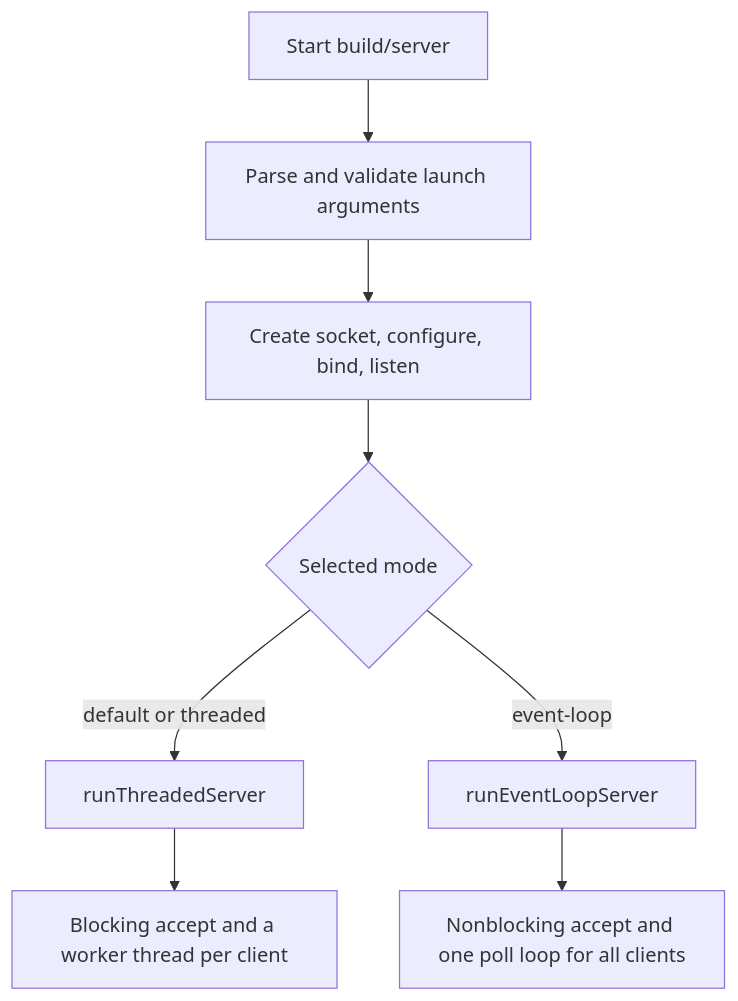
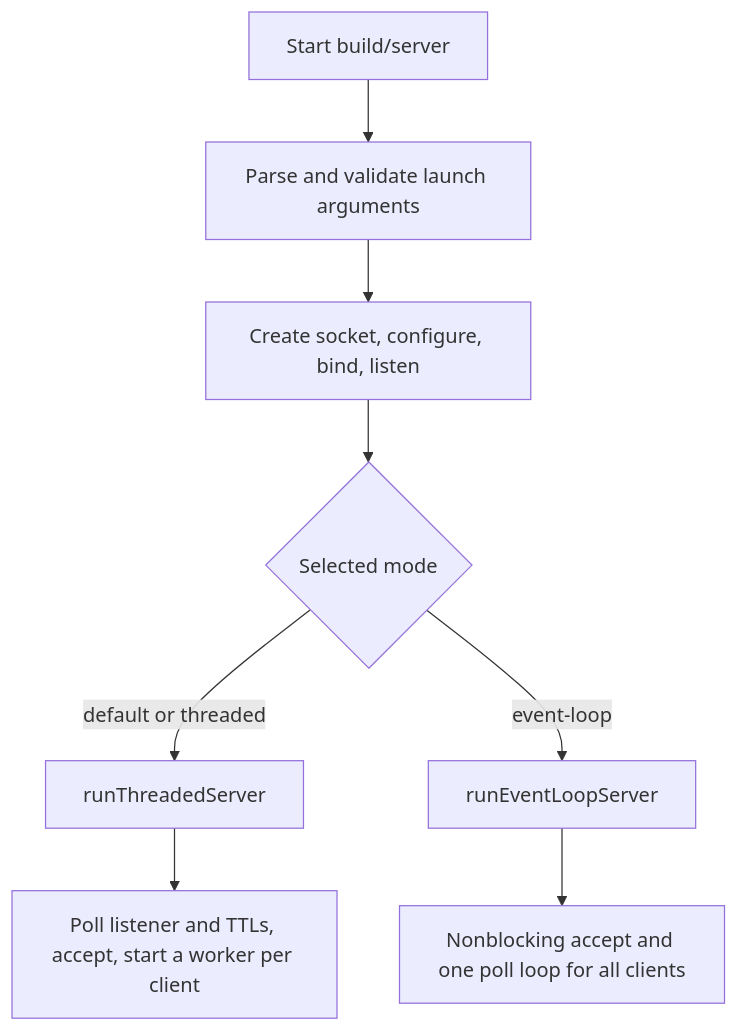
Before and after one commit to Vishnu0920/redis-lite: the first of 4 diagrams in docs/ARCHITECTURE.md, drawn with Mermaid. The commit also changed other lines of this file and 24 other files, not shown here.

````diff
--- a/docs/ARCHITECTURE.md
+++ b/docs/ARCHITECTURE.md
@@ -36,10 +36,10 @@
 ```mermaid
 flowchart TD
     Start[Start build/server] --> Args[Parse and validate launch arguments]
     Args --> Listener[Create socket, configure, bind, listen]
     Listener --> Mode{Selected mode}
     Mode -->|default or threaded| Threaded[runThreadedServer]
     Mode -->|event-loop| EventLoop[runEventLoopServer]
-    Threaded --> Accept[Blocking accept and a worker thread per client]
+    Threaded --> Accept[Poll listener and TTLs, accept, start a worker per client]
     EventLoop --> Poll[Nonblocking accept and one poll loop for all clients]
 ```
````
